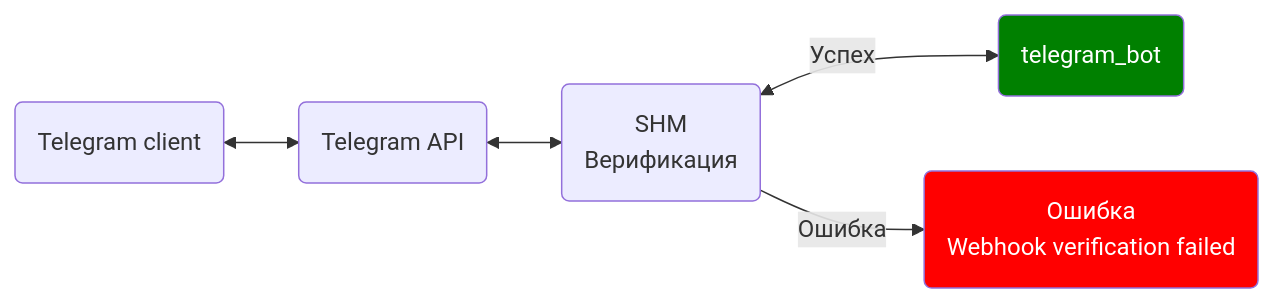
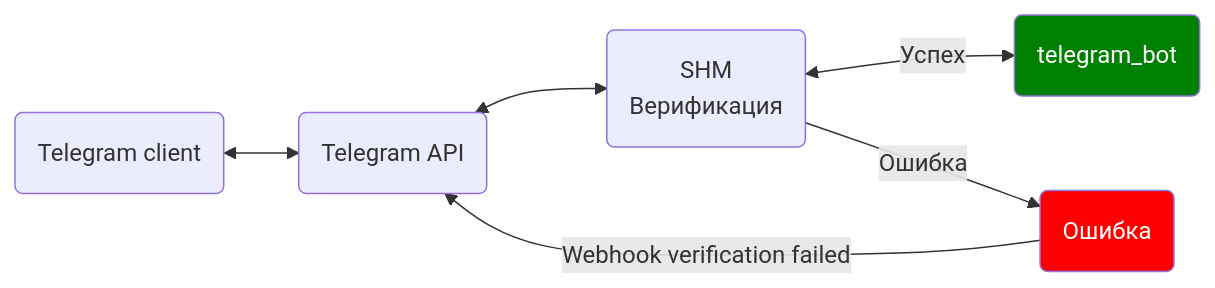
The second of 2 diagrams in content/ru/docs/setup/servers/transport/telegram.md (danuk/shm-docs), drawn with Mermaid before and after one commit.

````diff
--- a/content/ru/docs/setup/servers/transport/telegram.md
+++ b/content/ru/docs/setup/servers/transport/telegram.md
@@ -113,10 +113,10 @@
 ```mermaid
 flowchart LR
     classDef green fill:green,color:#fff
     classDef red fill:red,color:#fff
     classDef gray fill:gray,color:#fff
 
     A(Telegram client) <--> B(Telegram API) <--> C(SHM\nВерификация)
     C <-- Успех --> CS(telegram_bot):::green
-    C -- Ошибка --> CE(Ошибка\nWebhook verification failed):::red
+    C -- Ошибка --> CE(Ошибка):::red -- Webhook verification failed --> B
 ```
````
